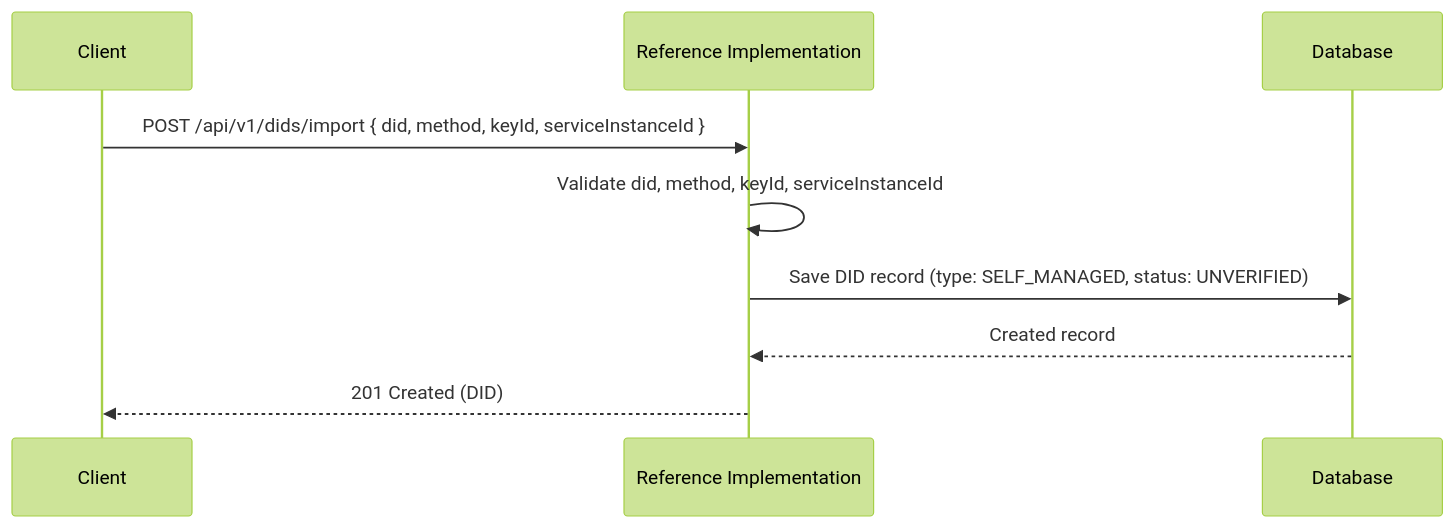
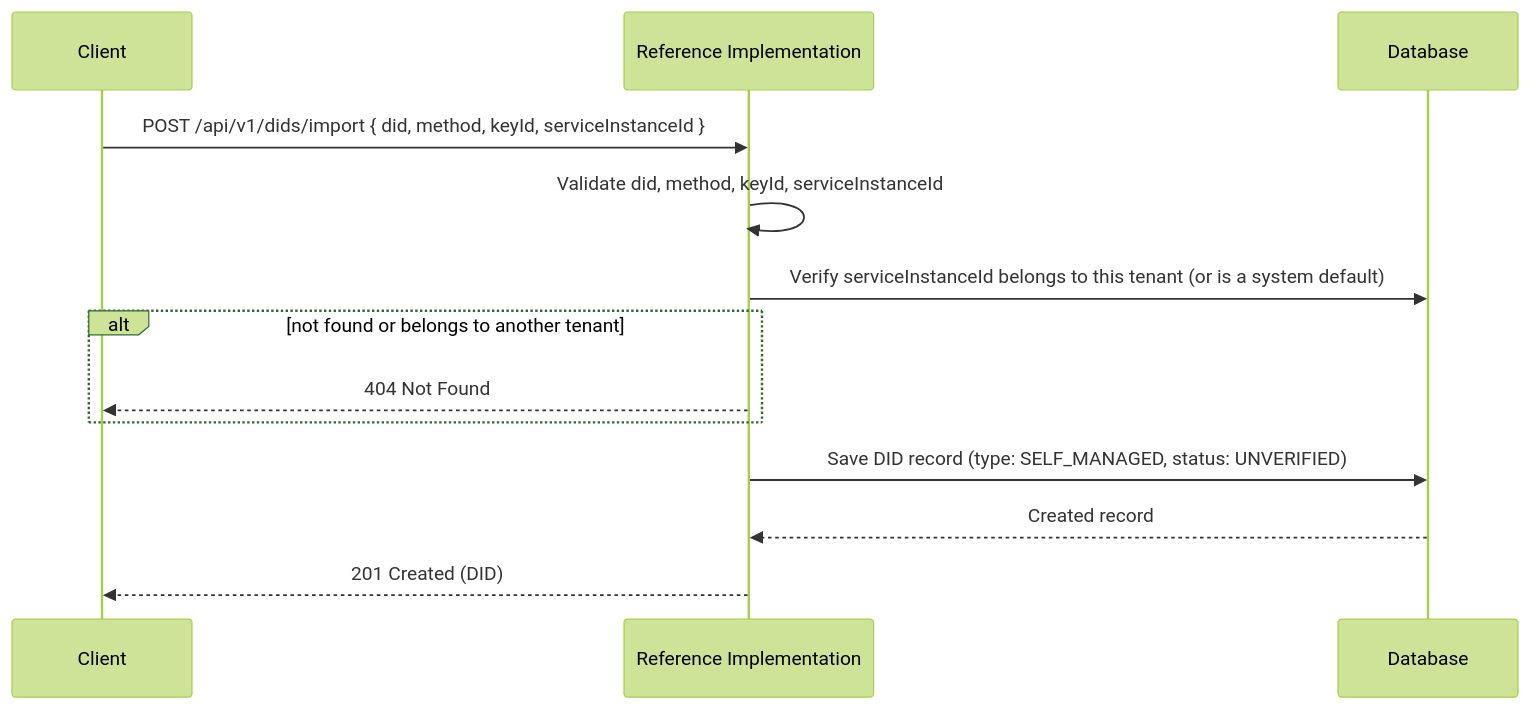
Before and after one commit to uncefact/tests-untp: the fifth of 5 diagrams in documentation/docs/reference-implementation/api/dids.md, drawn with Mermaid (forest theme). The commit also changed other lines of this file and 7 other files, not shown here.

First line of the commit message:
fix(ri): reject unsupported DID methods and scope imported service instances per tenant

````diff
--- a/documentation/docs/reference-implementation/api/dids.md
+++ b/documentation/docs/reference-implementation/api/dids.md
@@ -343,12 +345,16 @@
 ```mermaid
 sequenceDiagram
     participant Client
     participant RI as Reference Implementation
     participant DB as Database
 
     Client->>RI: POST /api/v1/dids/import { did, method, keyId, serviceInstanceId }
     RI->>RI: Validate did, method, keyId, serviceInstanceId
+    RI->>DB: Verify serviceInstanceId belongs to this tenant (or is a system default)
+    alt not found or belongs to another tenant
+        RI-->>Client: 404 Not Found
+    end
     RI->>DB: Save DID record (type: SELF_MANAGED, status: UNVERIFIED)
     DB-->>RI: Created record
     RI-->>Client: 201 Created (DID)
 ```
````
